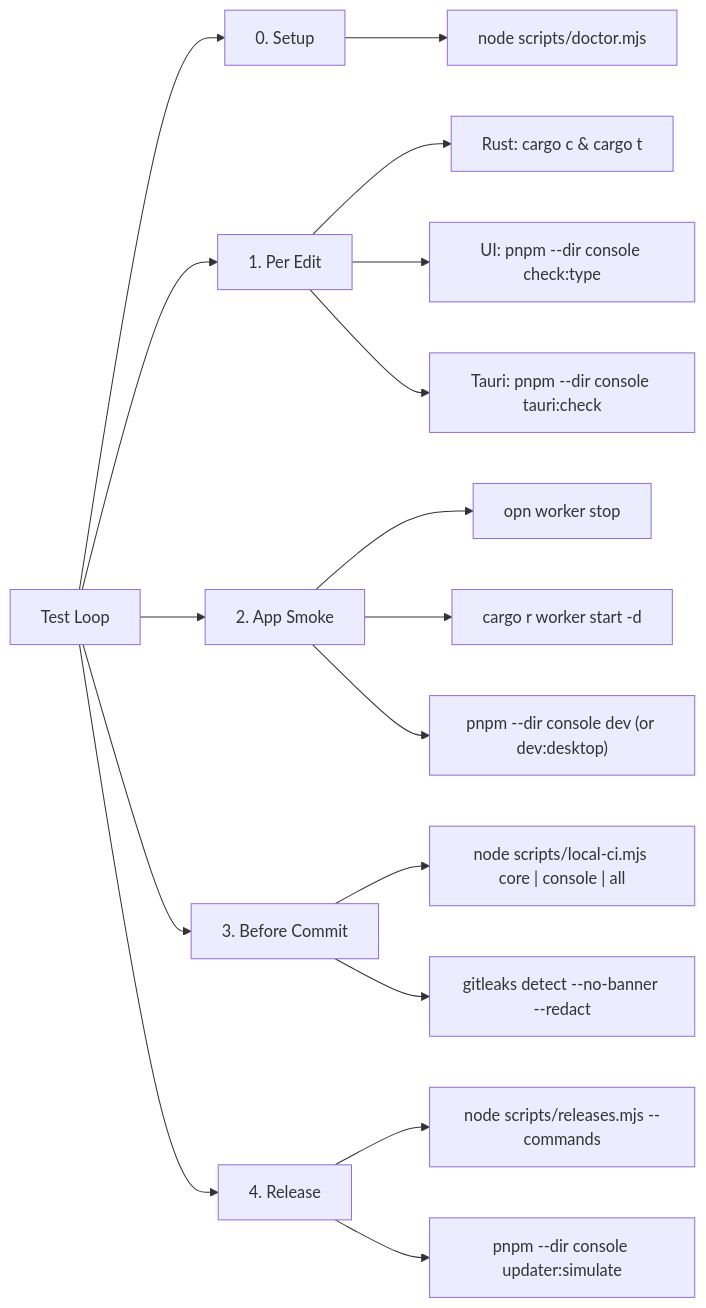
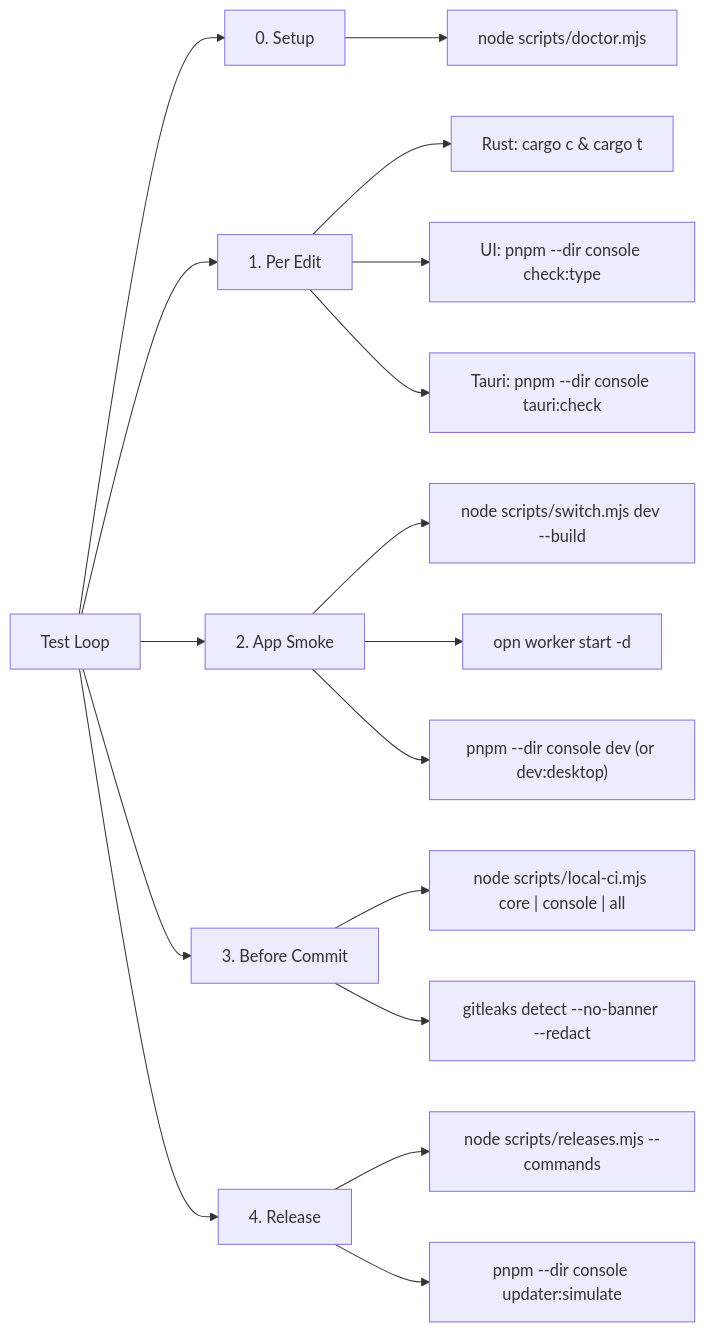
One commit to tuquet/operon changed the diagram in TESTING.md. Above: the diagram before and after it, drawn with Mermaid. The commit also changed other lines of this file and 1 other file, not shown here.

Commit message:
feat(dev): add scripts/switch.mjs to toggle dev and release CLI

````diff
--- a/TESTING.md
+++ b/TESTING.md
@@ -7,24 +7,24 @@
 ```mermaid
 flowchart LR
   Test["Test Loop"] --> Setup["0. Setup"]
   Test --> Edit["1. Per Edit"]
   Test --> Run["2. App Smoke"]
   Test --> Ship["3. Before Commit"]
   Test --> Release["4. Release"]
 
   Setup --> S1["node scripts/doctor.mjs"]
 
   Edit --> E1["Rust: cargo c & cargo t <name>"]
   Edit --> E2["UI: pnpm --dir console check:type"]
   Edit --> E3["Tauri: pnpm --dir console tauri:check"]
 
-  Run --> R1["opn worker stop"]
-  Run --> R2["cargo r worker start -d"]
+  Run --> R1["node scripts/switch.mjs dev --build"]
+  Run --> R2["opn worker start -d"]
   Run --> R3["pnpm --dir console dev (or dev:desktop)"]
 
   Ship --> C1["node scripts/local-ci.mjs core | console | all"]
   Ship --> C2["gitleaks detect --no-banner --redact"]
 
   Release --> L1["node scripts/releases.mjs --commands"]
   Release --> L2["pnpm --dir console updater:simulate"]
 ```
````
